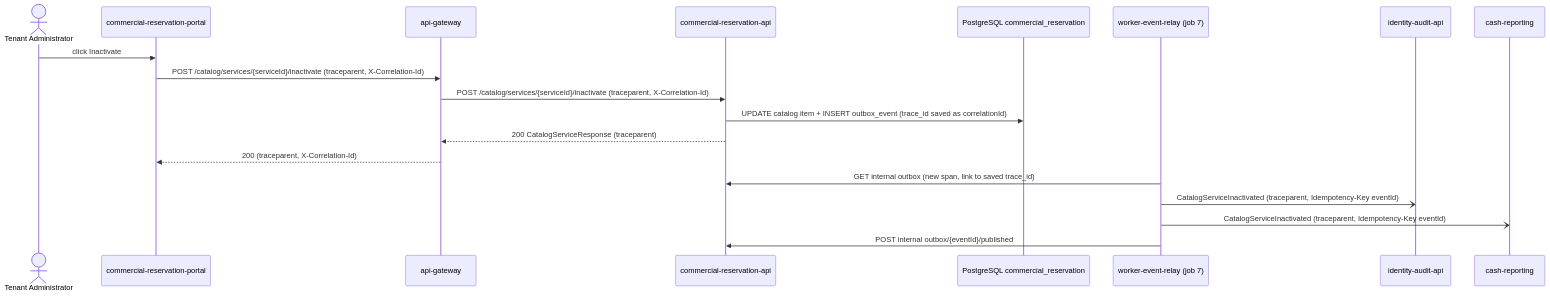
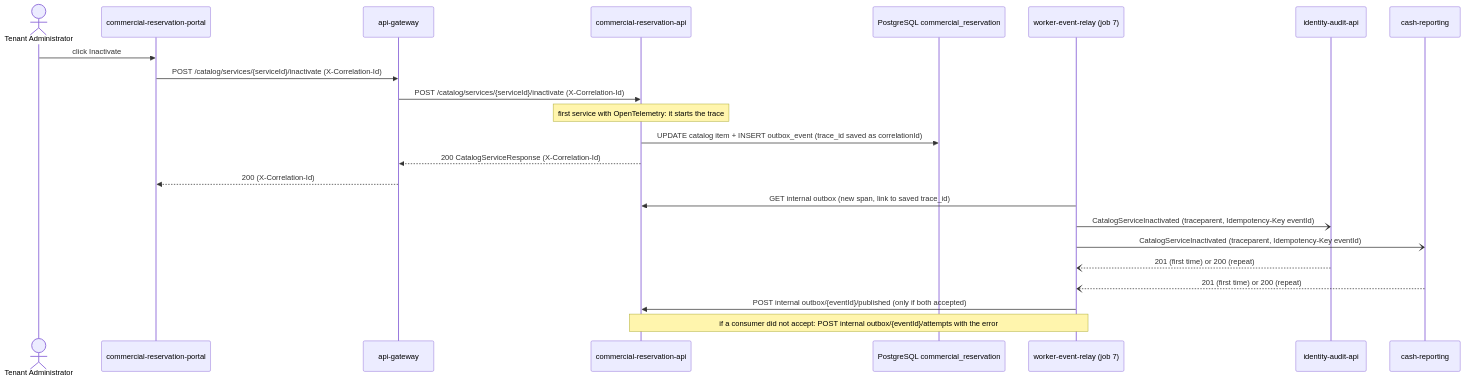
One commit to FernandaRobayo/sistemas-distribuidos-2026-b-g2 changed the diagram in 11-week/workshop/01-journey.md. Above: the diagram before and after it, drawn with Mermaid. The commit also changed other lines of this file and 9 other files, not shown here.

````diff
--- a/11-week/workshop/01-journey.md
+++ b/11-week/workshop/01-journey.md
@@ -39,22 +46,26 @@
 ```mermaid
 sequenceDiagram
     actor Admin as Tenant Administrator
     participant Portal as commercial-reservation-portal
     participant GW as api-gateway
     participant API as commercial-reservation-api
     participant DB as PostgreSQL commercial_reservation
     participant Relay as worker-event-relay (job 7)
     participant Audit as identity-audit-api
     participant Cash as cash-reporting
 
     Admin->>Portal: click Inactivate
-    Portal->>GW: POST /catalog/services/{serviceId}/inactivate (traceparent, X-Correlation-Id)
-    GW->>API: POST /catalog/services/{serviceId}/inactivate (traceparent, X-Correlation-Id)
+    Portal->>GW: POST /catalog/services/{serviceId}/inactivate (X-Correlation-Id)
+    GW->>API: POST /catalog/services/{serviceId}/inactivate (X-Correlation-Id)
+    Note over API: first service with OpenTelemetry: it starts the trace
     API->>DB: UPDATE catalog item + INSERT outbox_event (trace_id saved as correlationId)
-    API-->>GW: 200 CatalogServiceResponse (traceparent)
-    GW-->>Portal: 200 (traceparent, X-Correlation-Id)
+    API-->>GW: 200 CatalogServiceResponse (X-Correlation-Id)
+    GW-->>Portal: 200 (X-Correlation-Id)
     Relay->>API: GET internal outbox (new span, link to saved trace_id)
     Relay-)Audit: CatalogServiceInactivated (traceparent, Idempotency-Key eventId)
     Relay-)Cash: CatalogServiceInactivated (traceparent, Idempotency-Key eventId)
-    Relay->>API: POST internal outbox/{eventId}/published
+    Audit--)Relay: 201 (first time) or 200 (repeat)
+    Cash--)Relay: 201 (first time) or 200 (repeat)
+    Relay->>API: POST internal outbox/{eventId}/published (only if both accepted)
+    Note over Relay,API: if a consumer did not accept: POST internal outbox/{eventId}/attempts with the error
 ```
````
